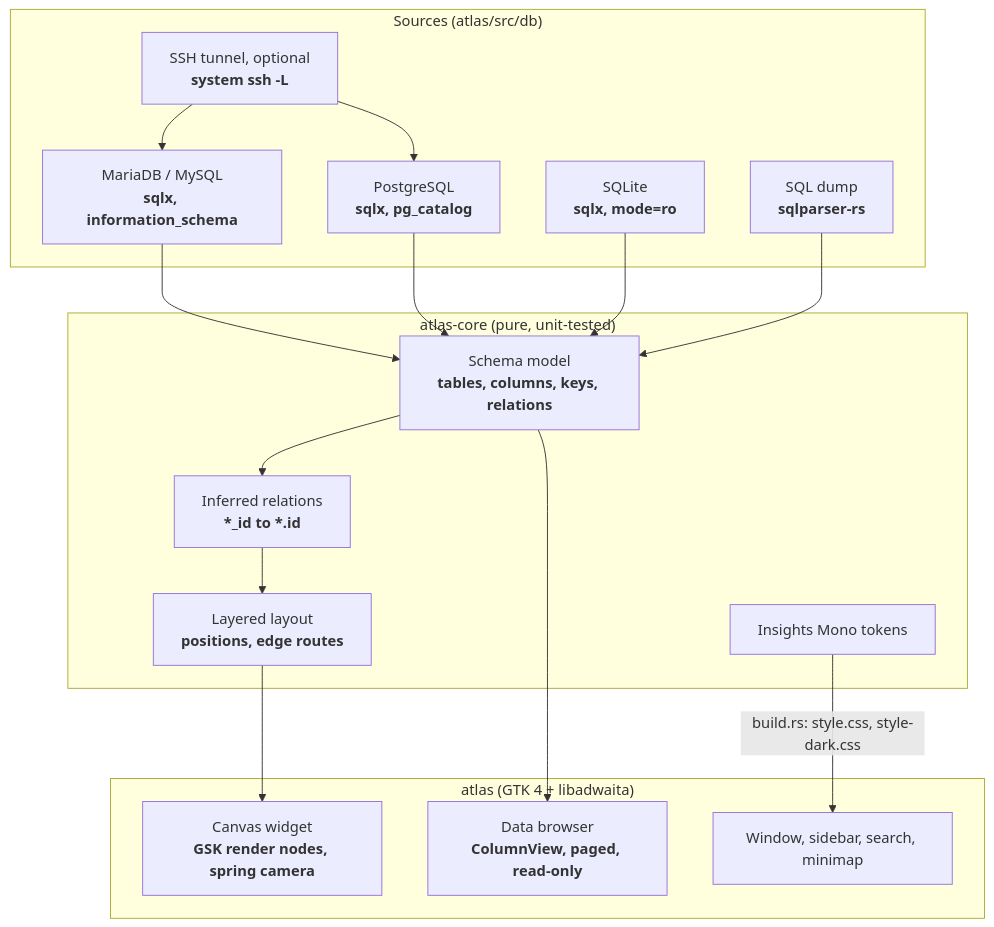
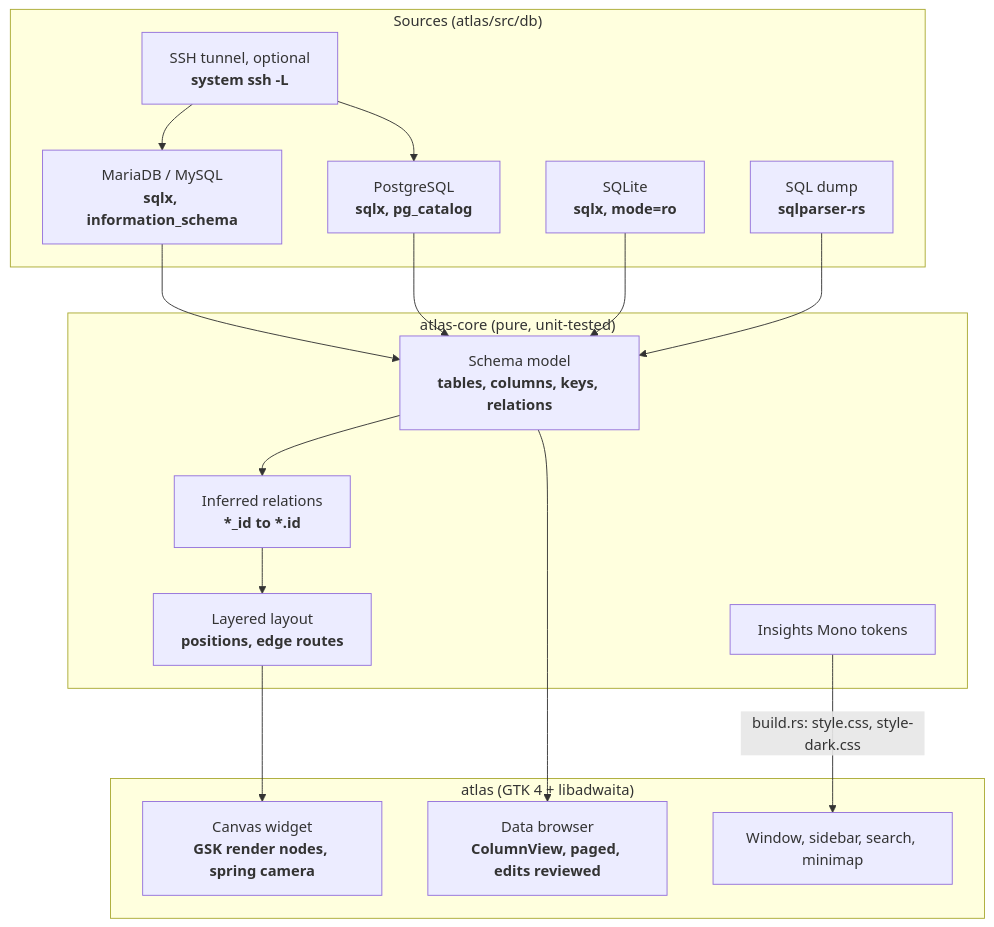
One commit to tomsliikee/atlas changed the diagram in docs/ARCHITECTURE.md. Above: the diagram before and after it, drawn with Mermaid. The commit also changed other lines of this file and 20 other files, not shown here.

````diff
--- a/docs/ARCHITECTURE.md
+++ b/docs/ARCHITECTURE.md
@@ -10,33 +10,33 @@
 ```mermaid
 flowchart TD
     subgraph Sources ["Sources (atlas/src/db)"]
         Maria["MariaDB / MySQL<br/><b>sqlx, information_schema</b>"]
         Pg["PostgreSQL<br/><b>sqlx, pg_catalog</b>"]
         Lite["SQLite<br/><b>sqlx, mode=ro</b>"]
         Dump["SQL dump<br/><b>sqlparser-rs</b>"]
         Ssh["SSH tunnel, optional<br/><b>system ssh -L</b>"]
     end
 
     subgraph Core ["atlas-core (pure, unit-tested)"]
         Schema["Schema model<br/><b>tables, columns, keys, relations</b>"]
         Infer["Inferred relations<br/><b>*_id to *.id</b>"]
         Layout["Layered layout<br/><b>positions, edge routes</b>"]
         Tokens["Insights Mono tokens"]
     end
 
     subgraph App ["atlas (GTK 4 + libadwaita)"]
         Canvas["Canvas widget<br/><b>GSK render nodes, spring camera</b>"]
-        Data["Data browser<br/><b>ColumnView, paged, read-only</b>"]
+        Data["Data browser<br/><b>ColumnView, paged, edits reviewed</b>"]
         Window["Window, sidebar, search, minimap"]
     end
 
     Ssh --> Maria
     Ssh --> Pg
     Maria --> Schema
     Pg --> Schema
     Lite --> Schema
     Dump --> Schema
     Schema --> Infer --> Layout --> Canvas
     Tokens -->|build.rs: style.css, style-dark.css| Window
     Schema --> Data
 ```
````
